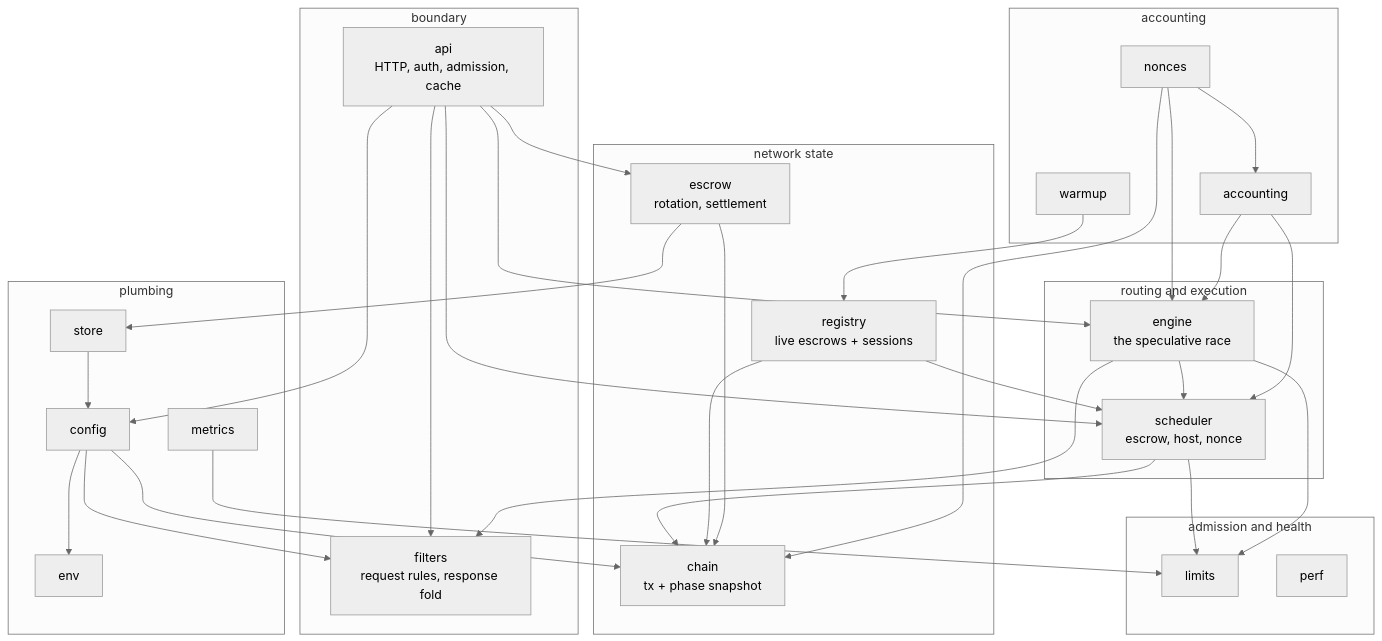
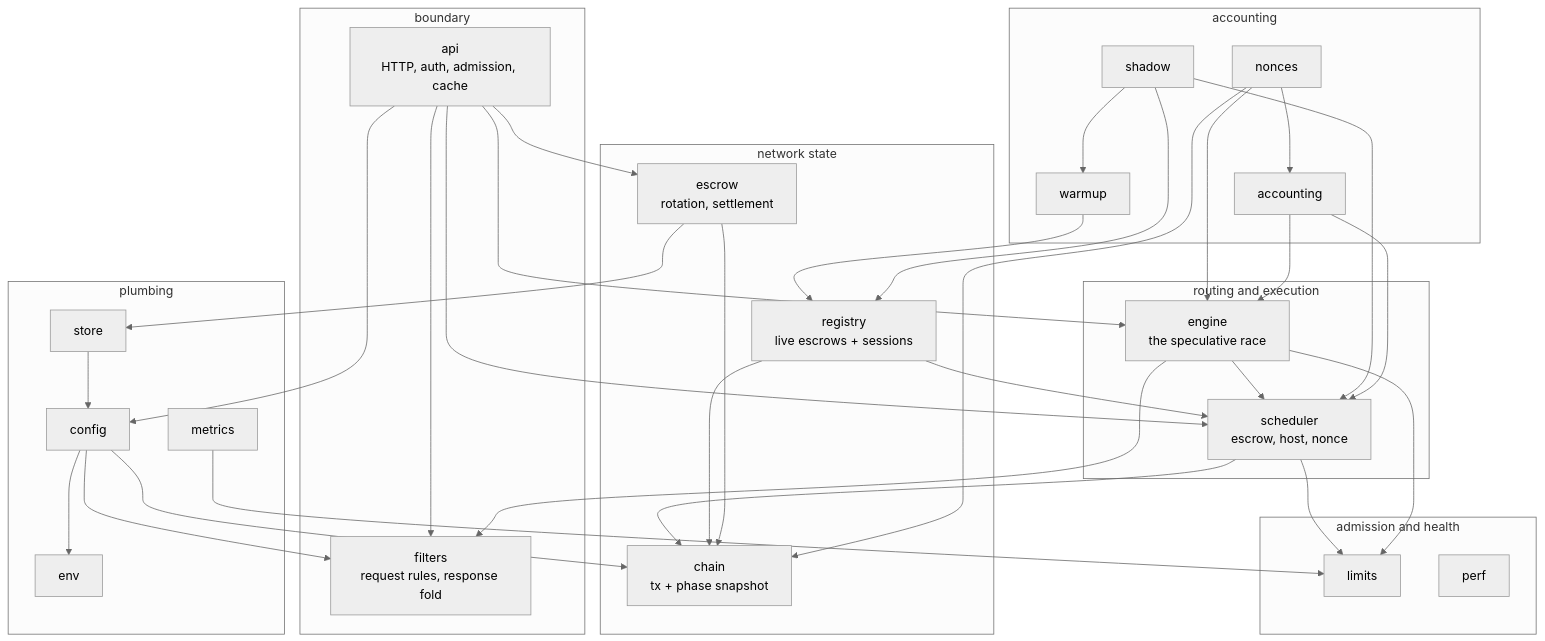
Before and after one commit to gonka-ai/gonka: the first of 3 diagrams in devshard/cmd/gateway/docs/architecture.md, drawn with Mermaid (neutral theme). The commit also changed other lines of this file and 82 other files, not shown here.

````diff
--- a/devshard/cmd/gateway/docs/architecture.md
+++ b/devshard/cmd/gateway/docs/architecture.md
@@ -17,57 +17,61 @@
 ```mermaid
 graph TD
     subgraph boundary["boundary"]
         API["api<br/>HTTP, auth, admission, cache"]
         FIL["filters<br/>request rules, response fold"]
     end
     subgraph routing["routing and execution"]
         SCH["scheduler<br/>escrow, host, nonce"]
         ENG["engine<br/>the speculative race"]
     end
     subgraph state["network state"]
         REG["registry<br/>live escrows + sessions"]
         ESC["escrow<br/>rotation, settlement"]
         CHN["chain<br/>tx + phase snapshot"]
     end
     subgraph health["admission and health"]
         LIM["limits"]
         PRF["perf"]
     end
     subgraph ledger["accounting"]
         NON["nonces"]
         ACC["accounting"]
         WRM["warmup"]
+        SHD["shadow"]
     end
     subgraph plumbing["plumbing"]
         CFG["config"]
         ENV["env"]
         STO["store"]
         MET["metrics"]
     end
 
     API --> FIL
     API --> SCH
     API --> ENG
     API --> ESC
     ENG --> SCH
     SCH --> LIM
     SCH --> CHN
     ENG --> LIM
     ENG --> FIL
     REG --> SCH
     REG --> CHN
     ESC --> CHN
     ESC --> STO
     NON --> ACC
     NON --> ENG
     NON --> CHN
     WRM --> REG
+    SHD --> REG
+    SHD --> SCH
+    SHD --> WRM
     CFG --> ENV
     API --> CFG
     MET --> LIM
     ACC --> ENG
     ACC --> SCH
     CFG --> CHN
     CFG --> FIL
     STO --> CFG
 ```
````
